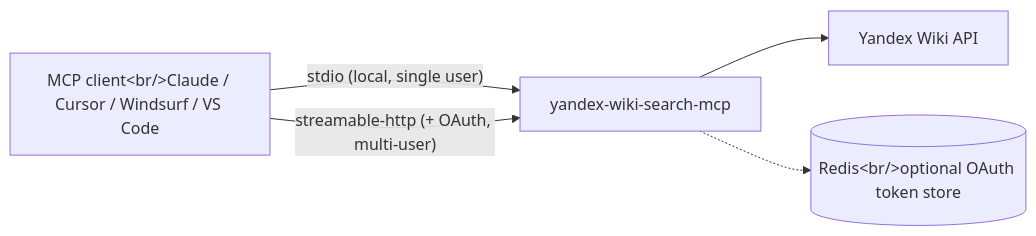
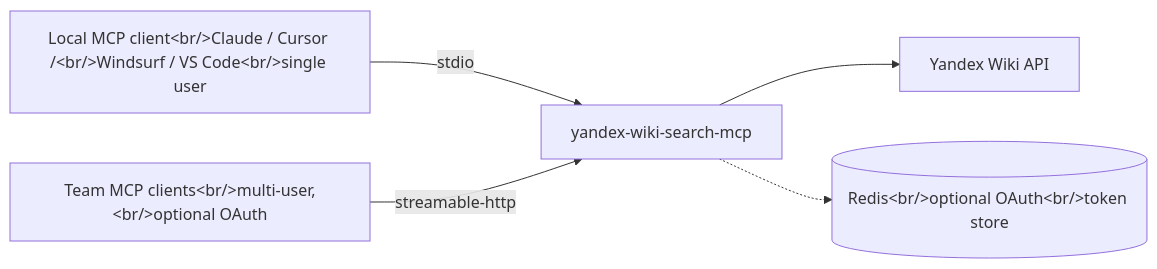
One commit to dlbolshov/yandex-wiki-search-mcp changed the diagram in README.md. Above: the diagram before and after it, drawn with Mermaid. The commit also changed 2 other files, not shown here.

Commit message:
docs(readme): redraw the Deployment diagram for Mermaid 12 (#21)
GitHub's move to Mermaid 12 broke the README Deployment diagram: two
labelled edges between the same client and server nodes now render with
their labels stacked and over the server box. Draw local (stdio) and team
(streamable-http, optional OAuth) clients as separate nodes with one short
label each, and widen node-text wrapping so the client list stops breaking
mid-name. Same change in README_ru.md. Checked with mermaid-cli 11.17 and
12.0, light and dark themes.

````diff
--- a/README.md
+++ b/README.md
@@ -314,11 +314,13 @@
 ```mermaid
+%%{init: {"flowchart": {"wrappingWidth": 300}}}%%
 flowchart LR
-    C["MCP client&lt;br/&gt;Claude / Cursor / Windsurf / VS Code"]
+    L["Local MCP client&lt;br/&gt;Claude / Cursor /&lt;br/&gt;Windsurf / VS Code&lt;br/&gt;single user"]
+    T["Team MCP clients&lt;br/&gt;multi-user,&lt;br/&gt;optional OAuth"]
     S["yandex-wiki-search-mcp"]
     W["Yandex Wiki API"]
-    R[("Redis&lt;br/&gt;optional OAuth token store")]
-    C -- "stdio (local, single user)" --> S
-    C -- "streamable-http (+ OAuth, multi-user)" --> S
+    R[("Redis&lt;br/&gt;optional OAuth&lt;br/&gt;token store")]
+    L -- "stdio" --> S
+    T -- "streamable-http" --> S
     S --> W
     S -.-> R
 ```
````
